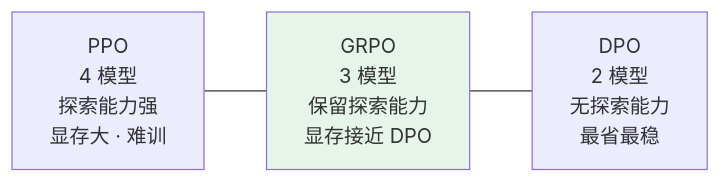
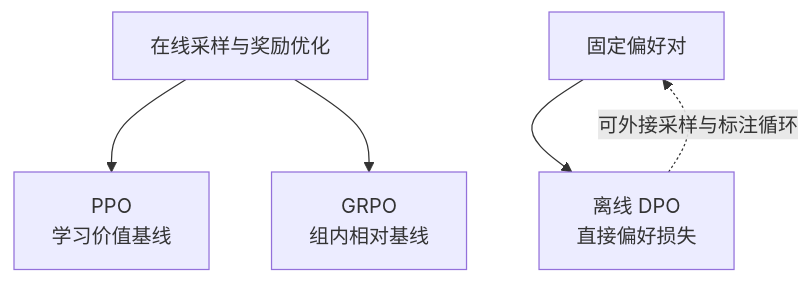
The second of 2 diagrams in docs/llm/02-training-alignment/11-dpo-vs-ppo.md (oneleaveknowsthefall/awesome-ai-roadmap), drawn with Mermaid before and after one commit. The commit also changed other lines of this file and 45 other files, not shown here.

````diff
--- a/docs/llm/02-training-alignment/11-dpo-vs-ppo.md
+++ b/docs/llm/02-training-alignment/11-dpo-vs-ppo.md
@@ -139,9 +233,7 @@
 ```mermaid
-flowchart LR
-    A["PPO<br/>4 模型<br/>探索能力强<br/>显存大 · 难训"]
-    B["GRPO<br/>3 模型<br/>保留探索能力<br/>显存接近 DPO"]
-    C["DPO<br/>2 模型<br/>无探索能力<br/>最省最稳"]
-    A --- B --- C
-
-    style B fill:#e6f4ea
+flowchart TB
+    ONLINE["在线采样与奖励优化"] --> PPO["PPO<br/>学习价值基线"]
+    ONLINE --> GRPO["GRPO<br/>组内相对基线"]
+    OFFLINE["固定偏好对"] --> DPO["离线 DPO<br/>直接偏好损失"]
+    DPO -.->|可外接采样与标注循环| OFFLINE
 ```
````
